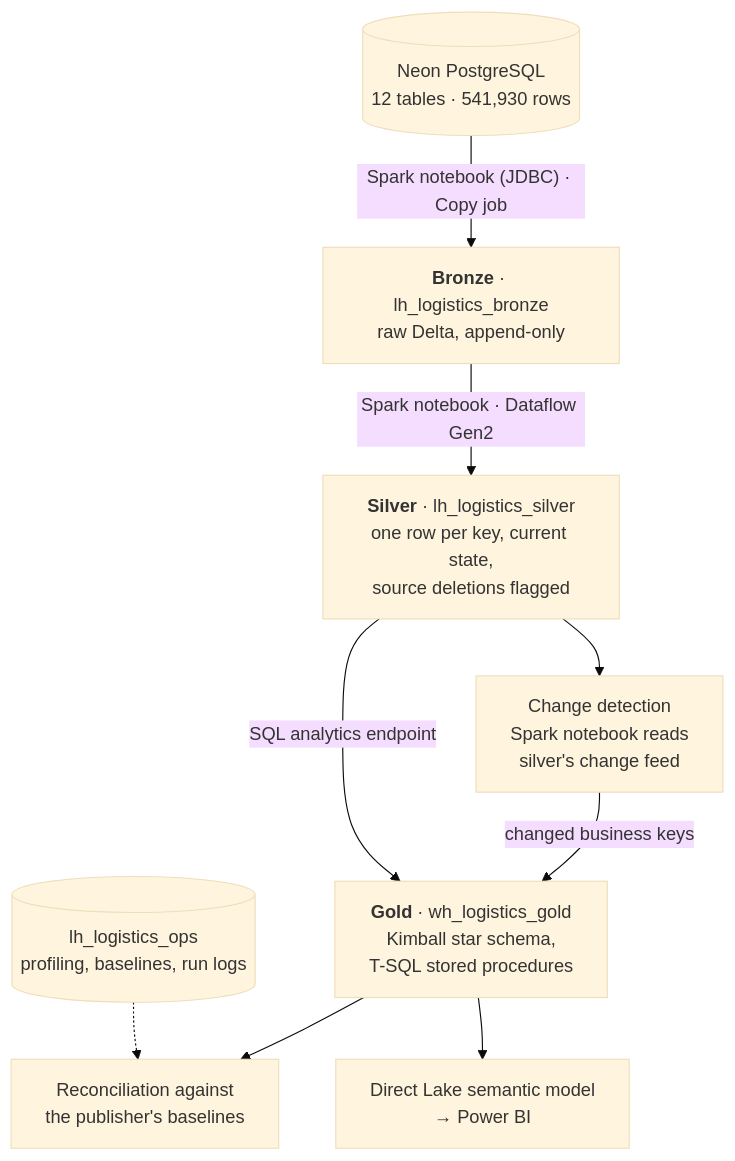
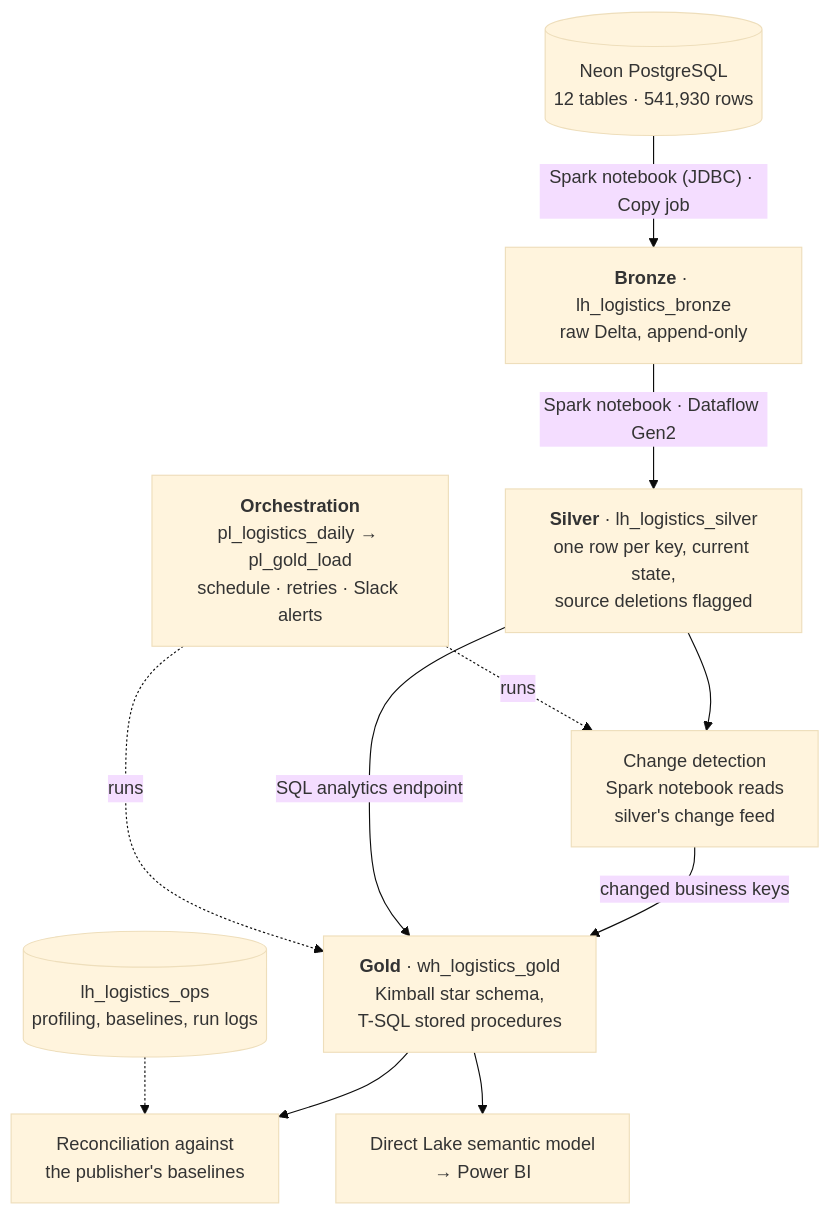
Before and after one commit to rhassan9/Logistics-DataOps-Fabric: the diagram in README.md, drawn with Mermaid (base theme). The commit also changed other lines of this file and 1 other file, not shown here.

Commit message:
Document orchestration, recovery and acceptance tests

````diff
--- a/README.md
+++ b/README.md
@@ -21,20 +22,23 @@
 ```mermaid
 flowchart TD
     SRC[("Neon PostgreSQL<br/>12 tables · 541,930 rows")]
     BRZ["<b>Bronze</b> · lh_logistics_bronze<br/>raw Delta, append-only"]
     SLV["<b>Silver</b> · lh_logistics_silver<br/>one row per key, current state,<br/>source deletions flagged"]
     CD["Change detection<br/>Spark notebook reads<br/>silver's change feed"]
     GLD["<b>Gold</b> · wh_logistics_gold<br/>Kimball star schema,<br/>T-SQL stored procedures"]
     REC["Reconciliation against<br/>the publisher's baselines"]
+    PL["<b>Orchestration</b><br/>pl_logistics_daily → pl_gold_load<br/>schedule · retries · Slack alerts"]
     SM["Direct Lake semantic model<br/>→ Power BI"]
     OPS[("lh_logistics_ops<br/>profiling, baselines, run logs")]
 
     SRC -->|"Spark notebook (JDBC) · Copy job"| BRZ
     BRZ -->|"Spark notebook · Dataflow Gen2"| SLV
     SLV --> CD
     CD -->|"changed business keys"| GLD
     SLV -->|"SQL analytics endpoint"| GLD
     GLD --> REC
     OPS -.-> REC
     GLD --> SM
+    PL -.->|"runs"| CD
+    PL -.->|"runs"| GLD
 ```
````
